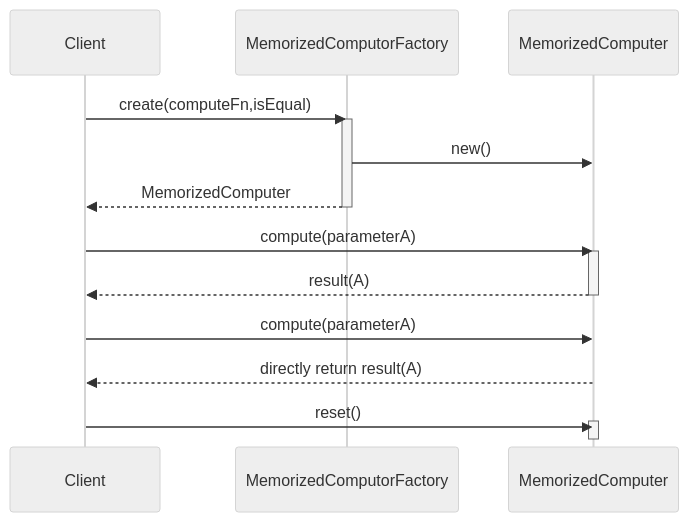
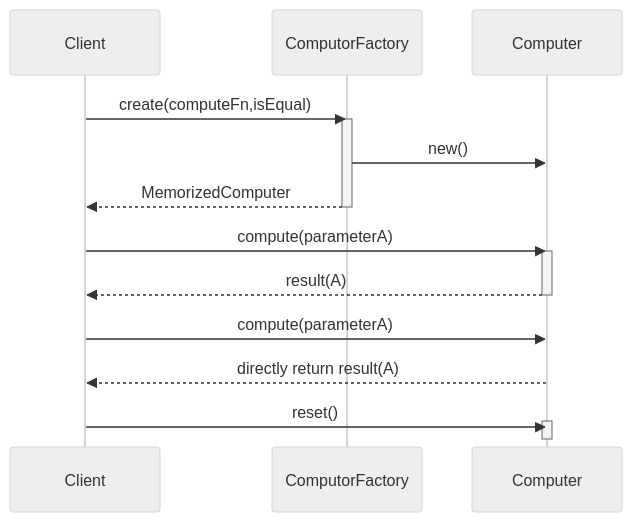
The diagram in documents/MemorizedCompute Pattern_210.md (metasong/iam-data), drawn with Mermaid (neutral theme) before and after one commit.

````diff
--- a/documents/MemorizedCompute Pattern_210.md
+++ b/documents/MemorizedCompute Pattern_210.md
@@ -40,21 +40,21 @@
 ```mermaid
 sequenceDiagram
 	participant C as Client
-    participant F as MemorizedComputorFactory
-    participant P as MemorizedComputer
+    participant F as ComputorFactory
+    participant P as Computer
     C->>F:create(computeFn,isEqual)
     activate F
     F->>P:new()
     F-->>C:MemorizedComputer
     deactivate F
     C->>P:compute(parameterA)
     activate P
     P-->>C:result(A)
     deactivate P
     C->>P:compute(parameterA)
     P-->>C:directly return result(A)
     C->>P:reset()
     activate P
     deactivate P
     
 ```
````
